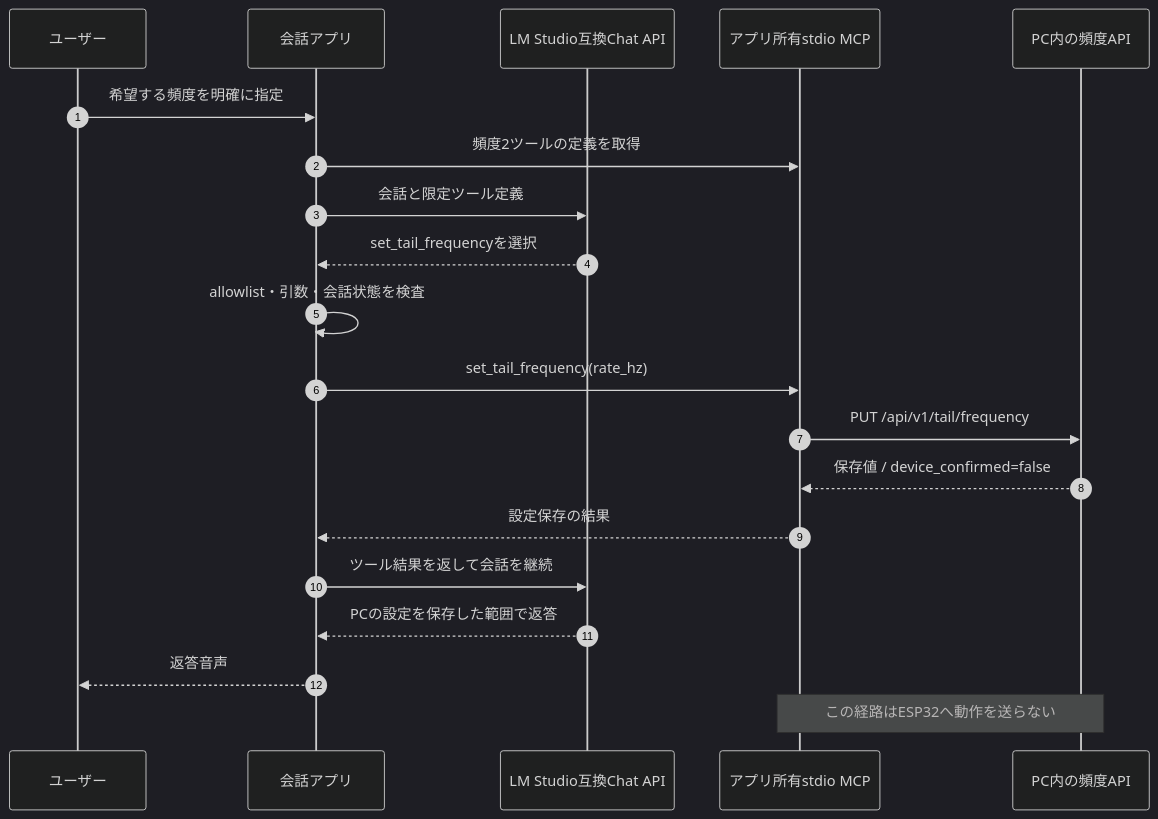
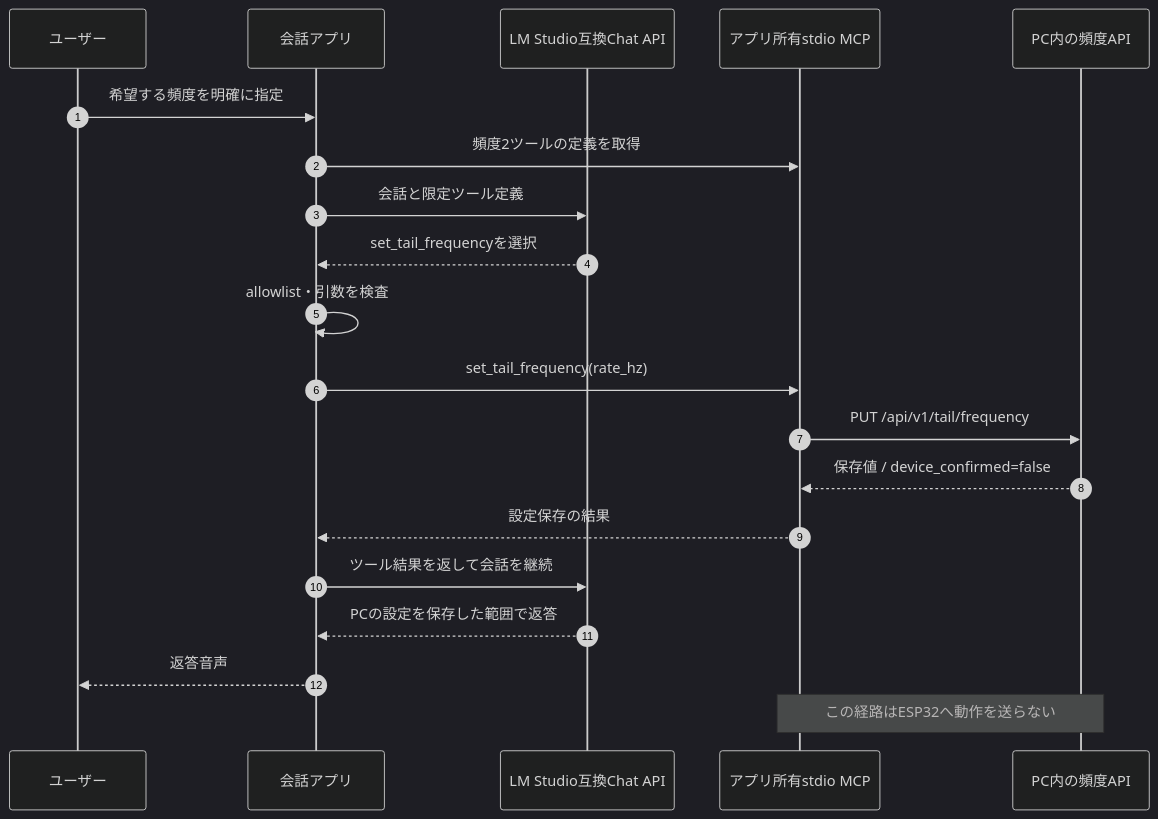
Before and after one commit to jphacks/kz_2614: the first of 2 diagrams in docs/esp32/mcp-integration.md, drawn with Mermaid (dark theme). The commit also changed other lines of this file and 18 other files, not shown here.

````diff
--- a/docs/esp32/mcp-integration.md
+++ b/docs/esp32/mcp-integration.md
@@ -22,22 +22,22 @@
 ```mermaid
 sequenceDiagram
     autonumber
     participant U as ユーザー
     participant S as 会話アプリ
     participant L as LM Studio互換Chat API
     participant M as アプリ所有stdio MCP
     participant D as PC内の頻度API
     U->>S: 希望する頻度を明確に指定
     S->>M: 頻度2ツールの定義を取得
     S->>L: 会話と限定ツール定義
     L-->>S: set_tail_frequencyを選択
-    S->>S: allowlist・引数・会話状態を検査
+    S->>S: allowlist・引数を検査
     S->>M: set_tail_frequency(rate_hz)
     M->>D: PUT /api/v1/tail/frequency
     D-->>M: 保存値 / device_confirmed=false
     M-->>S: 設定保存の結果
     S->>L: ツール結果を返して会話を継続
     L-->>S: PCの設定を保存した範囲で返答
     S-->>U: 返答音声
     Note over M,D: この経路はESP32へ動作を送らない
 ```
````
